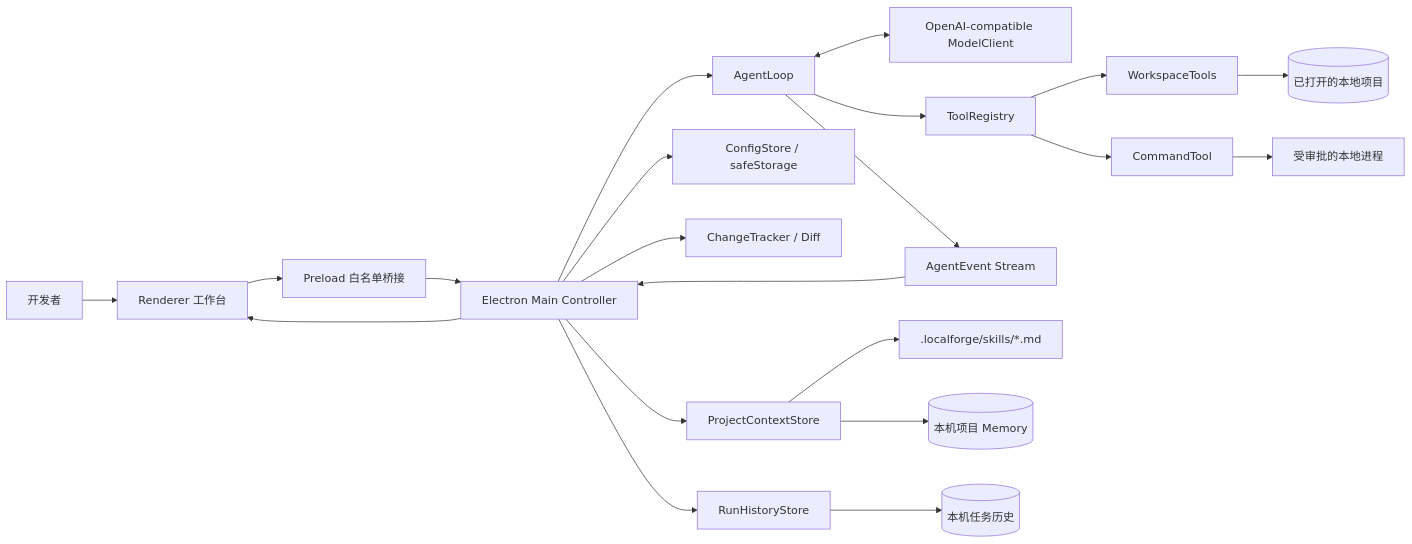
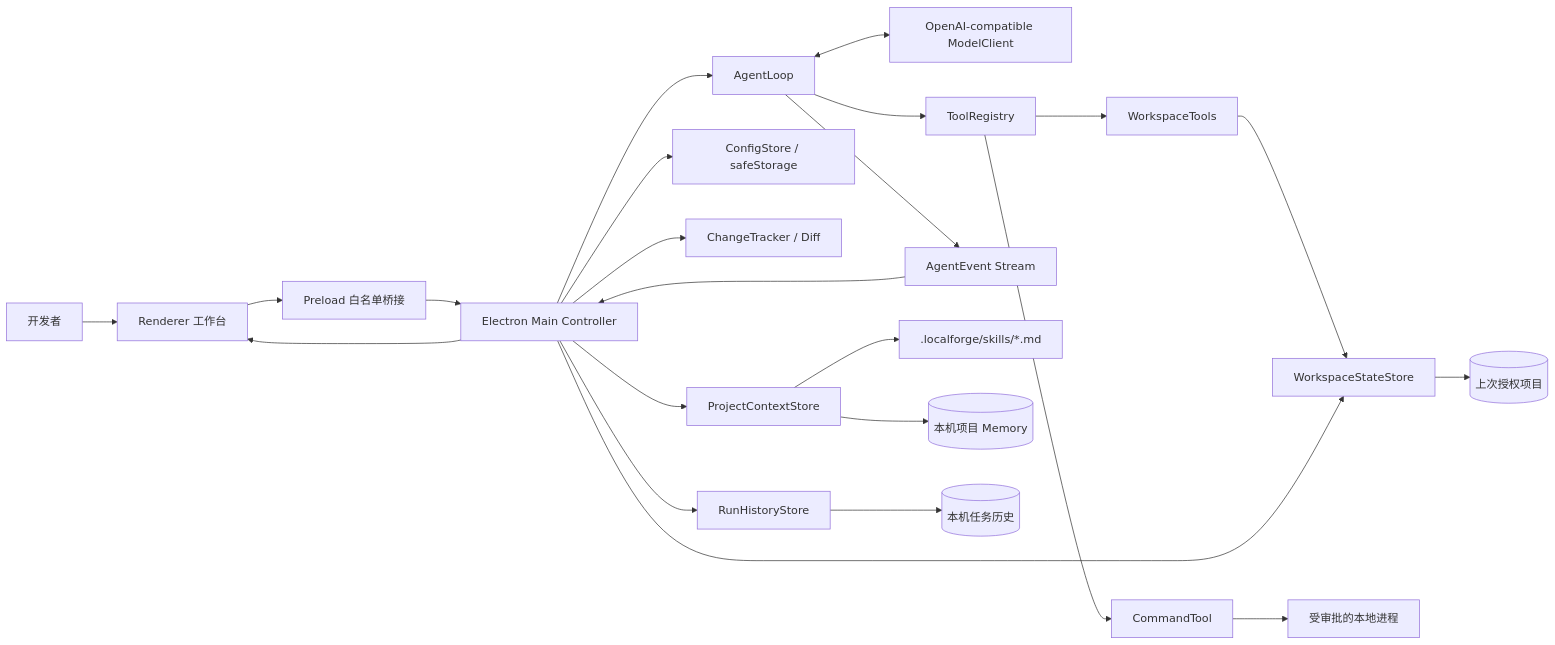
One commit to jycschool/localforge-agent changed the first of 2 diagrams in docs/03-system-design.md. Above: the diagram before and after it, drawn with Mermaid. The commit also changed other lines of this file and 59 other files, not shown here.

````diff
--- a/docs/03-system-design.md
+++ b/docs/03-system-design.md
@@ -9,23 +9,25 @@
 ```mermaid
 flowchart LR
     U[开发者] --> R[Renderer 工作台]
     R --> P[Preload 白名单桥接]
     P --> C[Electron Main Controller]
     C --> A[AgentLoop]
     A <--> M[OpenAI-compatible ModelClient]
     A --> T[ToolRegistry]
     T --> F[WorkspaceTools]
     T --> X[CommandTool]
     F --> W[(已打开的本地项目)]
     X --> O[受审批的本地进程]
     A --> E[AgentEvent Stream]
     E --> C
     C --> R
     C --> S[ConfigStore / safeStorage]
     C --> D[ChangeTracker / Diff]
     C --> K[ProjectContextStore]
     C --> H[RunHistoryStore]
+    C --> W[WorkspaceStateStore]
     K --> SK[.localforge/skills/*.md]
     K --> MM[(本机项目 Memory)]
     H --> RH[(本机任务历史)]
+    W --> WS[(上次授权项目)]
 ```
````
